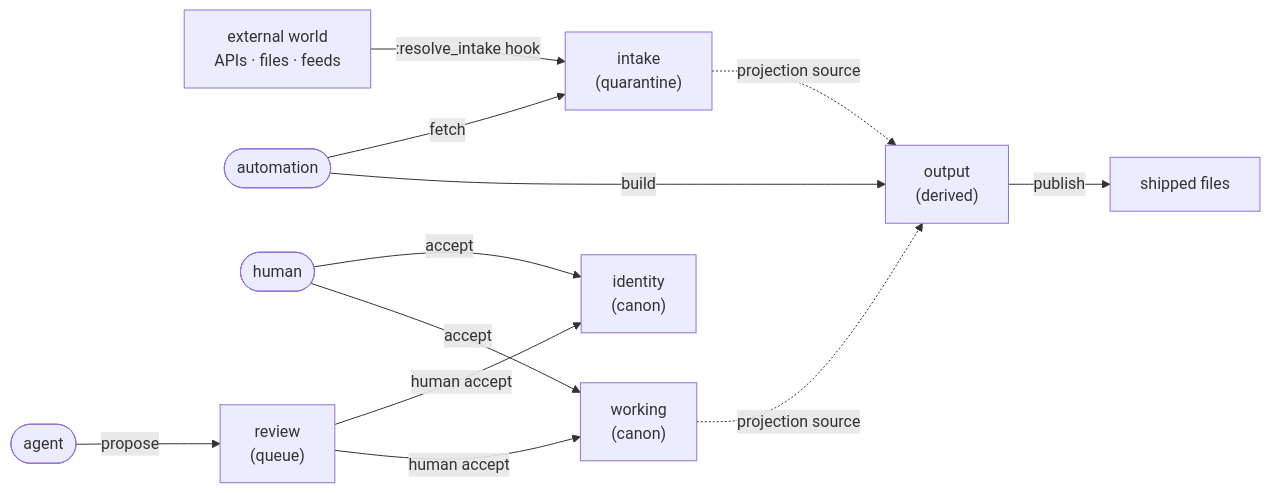
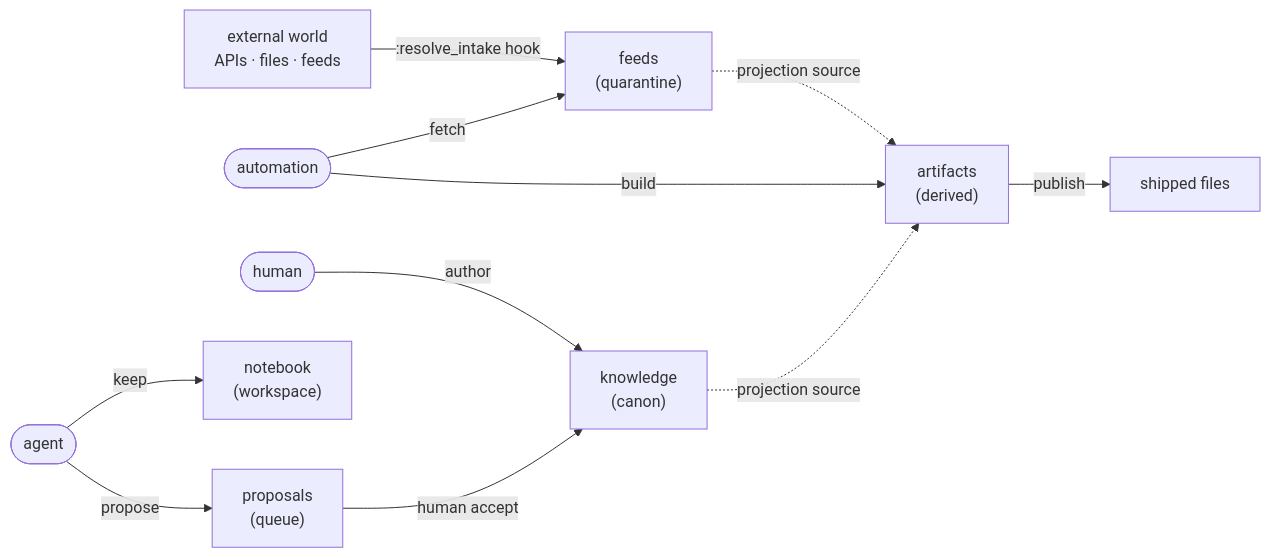
The diagram in docs/zones.md (patrick204nqh/textus), drawn with Mermaid before and after one commit. The commit also changed other lines of this file and 4 other files, not shown here.

````diff
--- a/docs/zones.md
+++ b/docs/zones.md
@@ -28,14 +28,13 @@
 ```mermaid
 flowchart LR
-    ext["external world<br/>APIs · files · feeds"] -->|:resolve_intake hook| intake["intake<br/>(quarantine)"]
-    automation(["automation"]) -->|fetch| intake
-    human(["human"]) -->|accept| identity["identity<br/>(canon)"]
-    human -->|accept| working["working<br/>(canon)"]
-    agent(["agent"]) -->|propose| review["review<br/>(queue)"]
-    review -->|human accept| identity
-    review -->|human accept| working
-    automation -->|build| output["output<br/>(derived)"]
-    intake -.->|projection source| output
-    working -.->|projection source| output
-    output -->|publish| files["shipped files"]
+    ext["external world<br/>APIs · files · feeds"] -->|:resolve_intake hook| feeds["feeds<br/>(quarantine)"]
+    automation(["automation"]) -->|fetch| feeds
+    human(["human"]) -->|author| knowledge["knowledge<br/>(canon)"]
+    agent(["agent"]) -->|keep| notebook["notebook<br/>(workspace)"]
+    agent -->|propose| proposals["proposals<br/>(queue)"]
+    proposals -->|human accept| knowledge
+    automation -->|build| artifacts["artifacts<br/>(derived)"]
+    feeds -.->|projection source| artifacts
+    knowledge -.->|projection source| artifacts
+    artifacts -->|publish| files["shipped files"]
 ```
````
